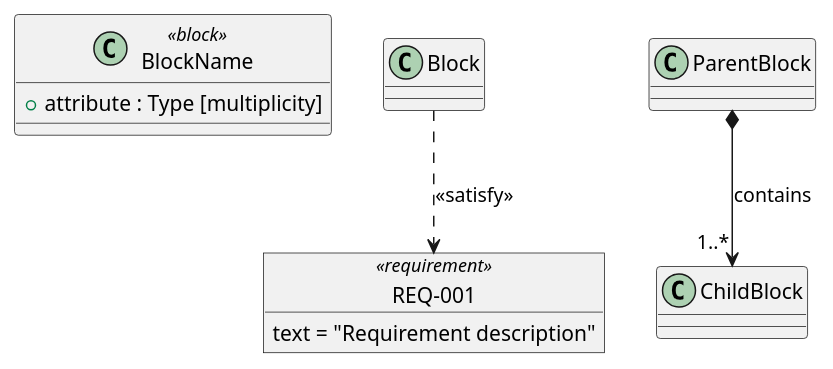
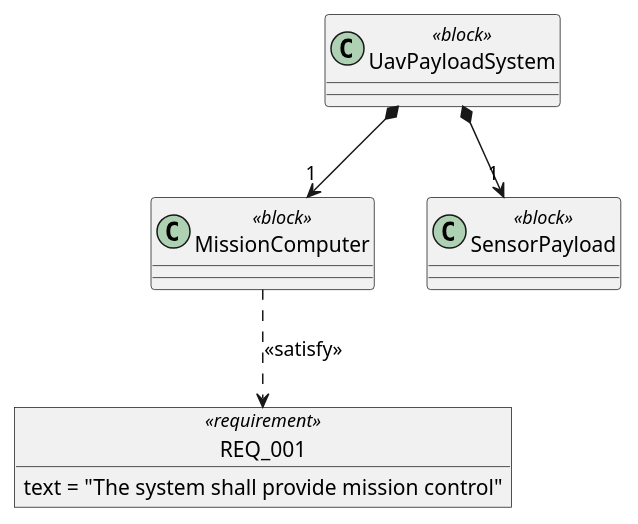
One commit to borromeotlhs/sysmlv2 changed the first of 2 diagrams in .claude/skills/sysml/skill.md. Above: the diagram before and after it, drawn with PlantUML. The commit also changed other lines of this file and 8 other files, not shown here.

````diff
--- a/.claude/skills/sysml/skill.md
+++ b/.claude/skills/sysml/skill.md
@@ -83,22 +286,19 @@
 ```plantuml
 @startuml
 skinparam componentStyle rectangle
 
-' Blocks
-class BlockName <<block>> {
-    + attribute : Type [multiplicity]
+class MissionComputer <<block>>
+class SensorPayload <<block>>
+class UavPayloadSystem <<block>>
+
+UavPayloadSystem *--> "1" MissionComputer
+UavPayloadSystem *--> "1" SensorPayload
+
+object "REQ_001" as REQ_001 <<requirement>> {
+  text = "The system shall provide mission control"
 }
 
-' Requirements
-object "REQ-001" as REQ_001 <<requirement>> {
-    text = "Requirement description"
-}
-
-' Composition relationships (directed - parent contains child)
-ParentBlock *--> "1..*" ChildBlock : contains
-
-' Satisfy relationships
-Block ..> REQ_001 : <<satisfy>>
+MissionComputer ..> REQ_001 : <<satisfy>>
 
 @enduml
 ```
````
